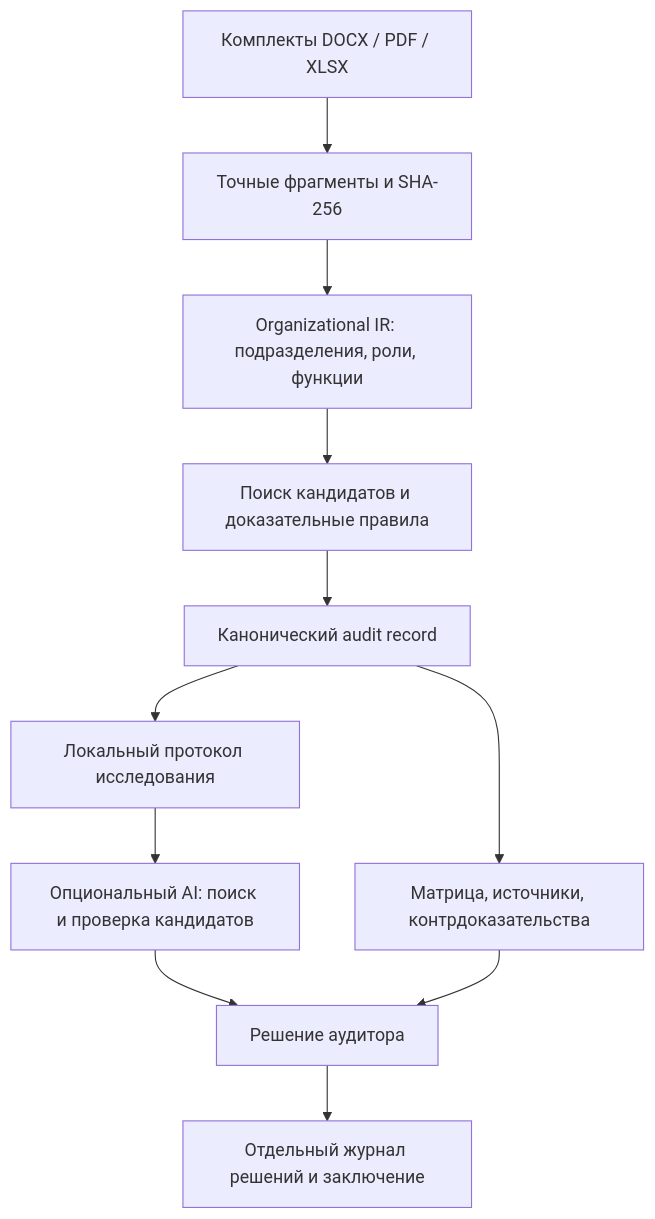
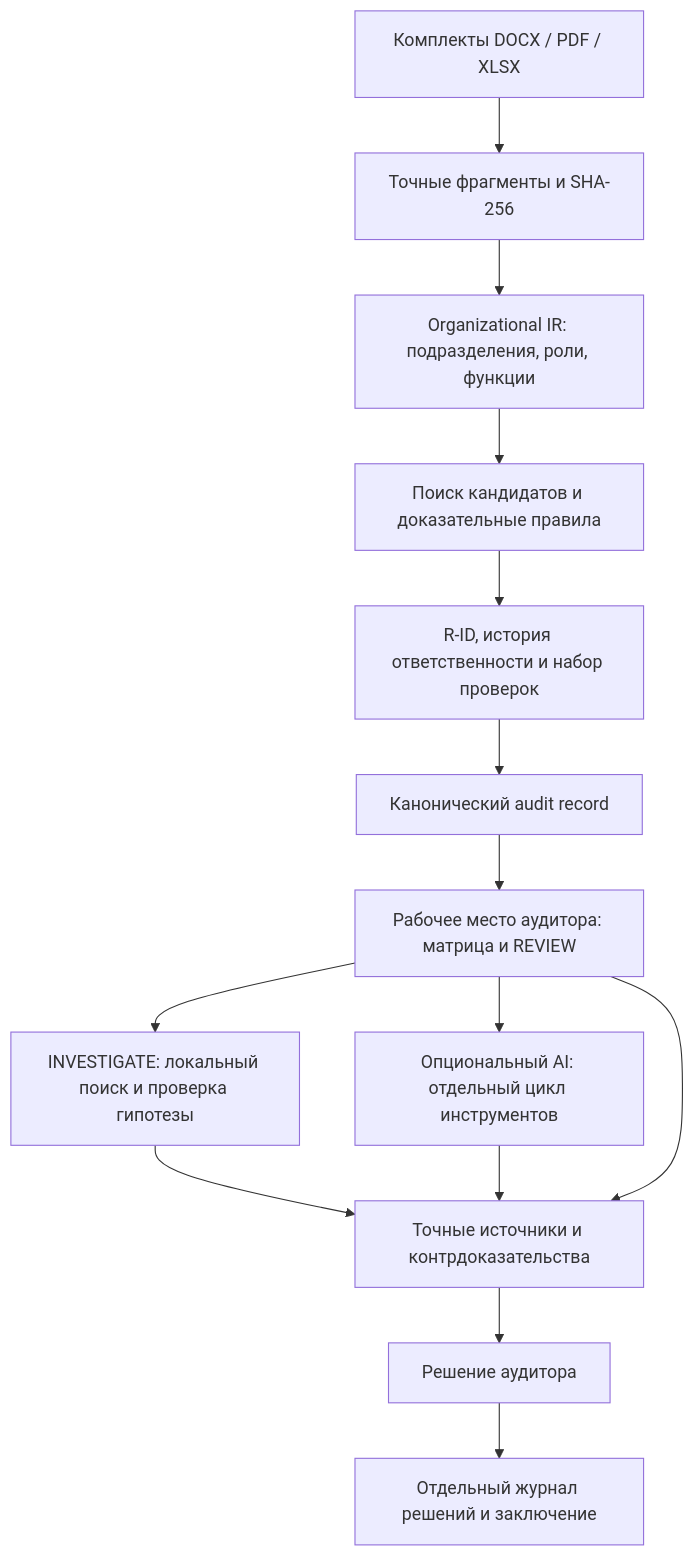
One commit to BAITC-Hacks/hack-001016ea-intent changed the diagram in README.md. Above: the diagram before and after it, drawn with Mermaid. The commit also changed other lines of this file, not shown here.

````diff
--- a/README.md
+++ b/README.md
@@ -89,13 +112,16 @@
 ```mermaid
 flowchart TD
     A[Комплекты DOCX / PDF / XLSX] --> B[Точные фрагменты и SHA-256]
     B --> C[Organizational IR: подразделения, роли, функции]
     C --> D[Поиск кандидатов и доказательные правила]
-    D --> E[Канонический audit record]
-    E --> F[Матрица, источники, контрдоказательства]
-    E --> G[Локальный протокол исследования]
-    G --> H[Опциональный AI: поиск и проверка кандидатов]
-    H --> I[Решение аудитора]
-    F --> I
+    D --> E[R-ID, история ответственности и набор проверок]
+    E --> F[Канонический audit record]
+    F --> G[Рабочее место аудитора: матрица и REVIEW]
+    G --> H[INVESTIGATE: локальный поиск и проверка гипотезы]
+    G --> K[Опциональный AI: отдельный цикл инструментов]
+    H --> L[Точные источники и контрдоказательства]
+    K --> L
+    G --> L
+    L --> I[Решение аудитора]
     I --> J[Отдельный журнал решений и заключение]
 ```
````
